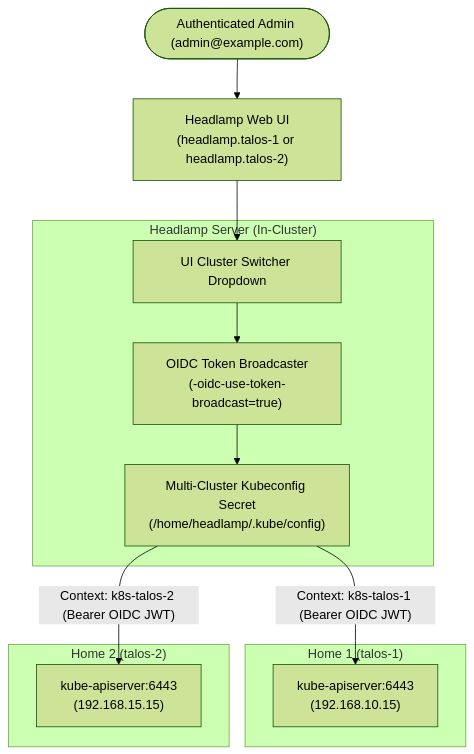
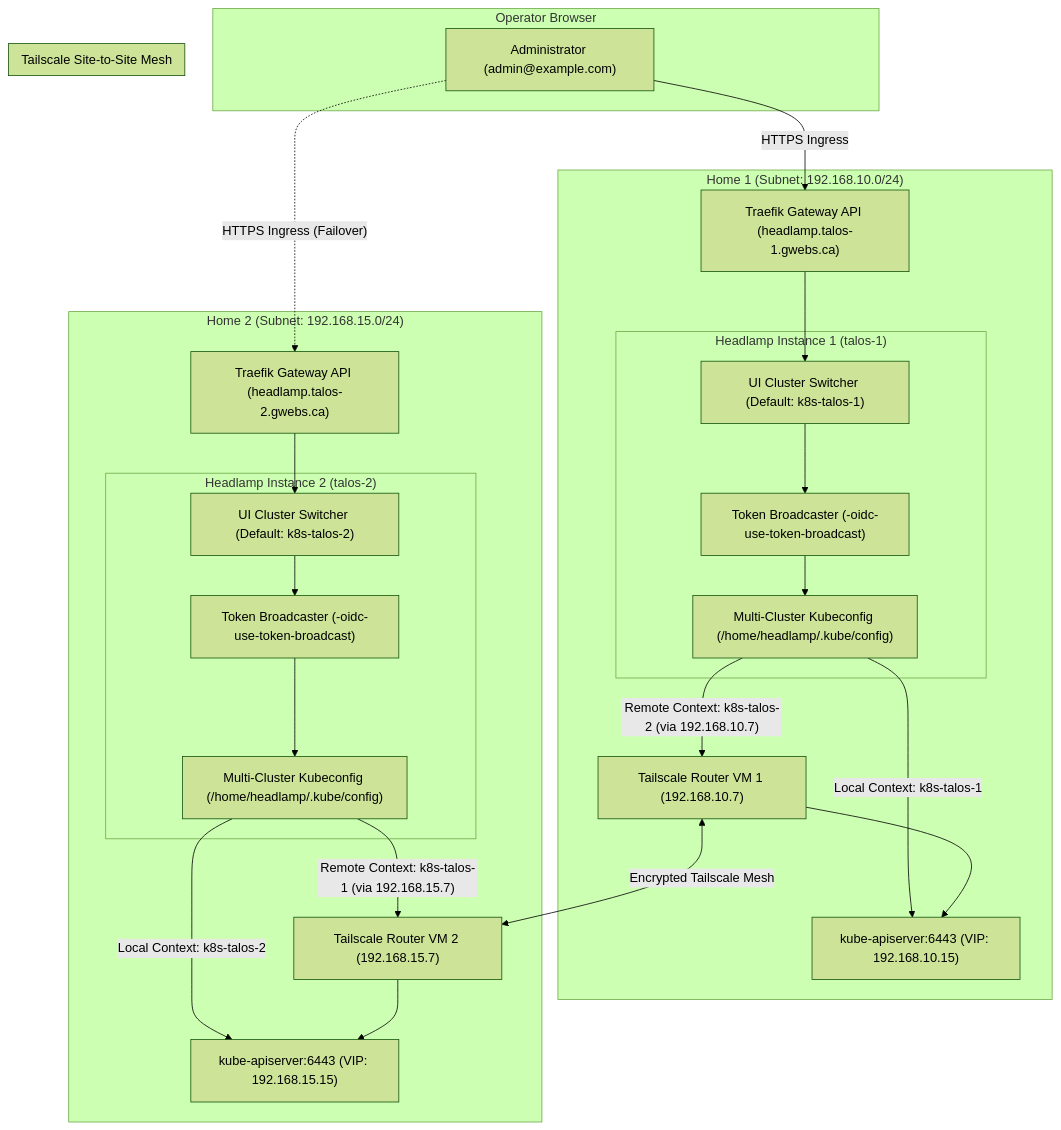
The first of 2 diagrams in K8s/infrastructure/headlamp/README.md (GabrielJean/HomeLab), drawn with Mermaid (forest theme) before and after one commit. The commit also changed other lines of this file and 16 other files, not shown here.

````diff
--- a/K8s/infrastructure/headlamp/README.md
+++ b/K8s/infrastructure/headlamp/README.md
@@ -60,25 +84,55 @@
 ```mermaid
 flowchart TD
-    User(["Authenticated Admin (admin@example.com)"]) --> Browser["Headlamp Web UI<br/>(headlamp.talos-1 or headlamp.talos-2)"]
-
-    subgraph Headlamp_Instance["Headlamp Server (In-Cluster)"]
-        UI["UI Cluster Switcher Dropdown"]
-        TB["OIDC Token Broadcaster<br/>(-oidc-use-token-broadcast=true)"]
-        KC["Multi-Cluster Kubeconfig Secret<br/>(/home/headlamp/.kube/config)"]
+    subgraph Operator["Operator Browser"]
+        User["Administrator (admin@example.com)"]
     end
 
-    Browser --> UI
-    UI --> TB
-    TB --> KC
-
-    subgraph Cluster_1["Home 1 (talos-1)"]
-        API1["kube-apiserver:6443<br/>(192.168.10.15)"]
+    subgraph Site1["Home 1 (Subnet: 192.168.10.0/24)"]
+        Ingress1["Traefik Gateway API (headlamp.talos-1.gwebs.ca)"]
+        subgraph Headlamp1["Headlamp Instance 1 (talos-1)"]
+            H1_UI["UI Cluster Switcher (Default: k8s-talos-1)"]
+            H1_TB["Token Broadcaster (-oidc-use-token-broadcast)"]
+            H1_KC["Multi-Cluster Kubeconfig (/home/headlamp/.kube/config)"]
+        end
+        API1["kube-apiserver:6443 (VIP: 192.168.10.15)"]
+        TS1["Tailscale Router VM 1 (192.168.10.7)"]
     end
 
-    subgraph Cluster_2["Home 2 (talos-2)"]
-        API2["kube-apiserver:6443<br/>(192.168.15.15)"]
+    subgraph Site2["Home 2 (Subnet: 192.168.15.0/24)"]
+        Ingress2["Traefik Gateway API (headlamp.talos-2.gwebs.ca)"]
+        subgraph Headlamp2["Headlamp Instance 2 (talos-2)"]
+            H2_UI["UI Cluster Switcher (Default: k8s-talos-2)"]
+            H2_TB["Token Broadcaster (-oidc-use-token-broadcast)"]
+            H2_KC["Multi-Cluster Kubeconfig (/home/headlamp/.kube/config)"]
+        end
+        API2["kube-apiserver:6443 (VIP: 192.168.15.15)"]
+        TS2["Tailscale Router VM 2 (192.168.15.7)"]
     end
 
-    KC -->|"Context: k8s-talos-1 (Bearer OIDC JWT)"| API1
-    KC -->|"Context: k8s-talos-2 (Bearer OIDC JWT)"| API2
+    subgraph S2S["Tailscale Site-to-Site Mesh"]
+        TS1 <-->|"Encrypted Tailscale Mesh"| TS2
+    end
+
+    User -->|"HTTPS Ingress"| Ingress1
+    User -.->|"HTTPS Ingress (Failover)"| Ingress2
+
+    Ingress1 --> H1_UI
+    Ingress2 --> H2_UI
+
+    H1_UI --> H1_TB
+    H1_TB --> H1_KC
+
+    H2_UI --> H2_TB
+    H2_TB --> H2_KC
+
+    %% Local Connections
+    H1_KC -->|"Local Context: k8s-talos-1"| API1
+    H2_KC -->|"Local Context: k8s-talos-2"| API2
+
+    %% Remote Cross-Cluster Connections over Tailscale Subnet Routers
+    H1_KC -->|"Remote Context: k8s-talos-2 (via 192.168.10.7)"| TS1
+    TS2 --> API2
+
+    H2_KC -->|"Remote Context: k8s-talos-1 (via 192.168.15.7)"| TS2
+    TS1 --> API1
 ```
````
